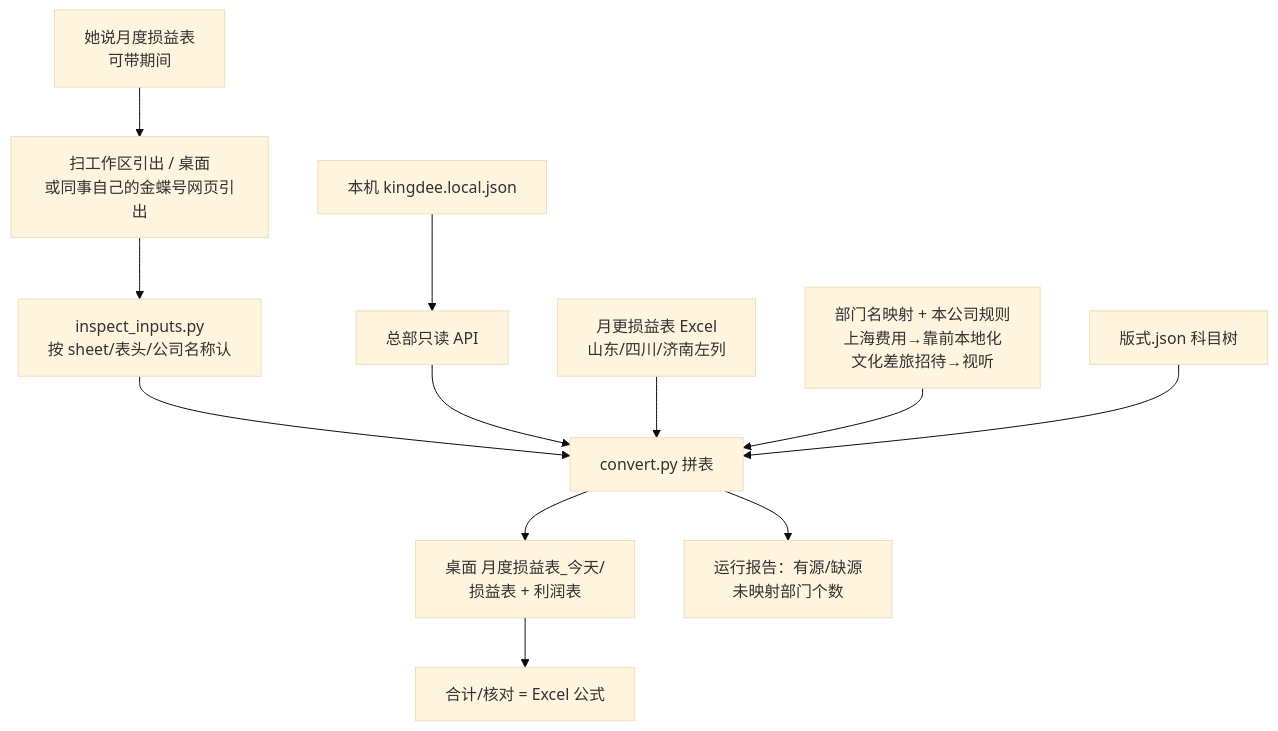
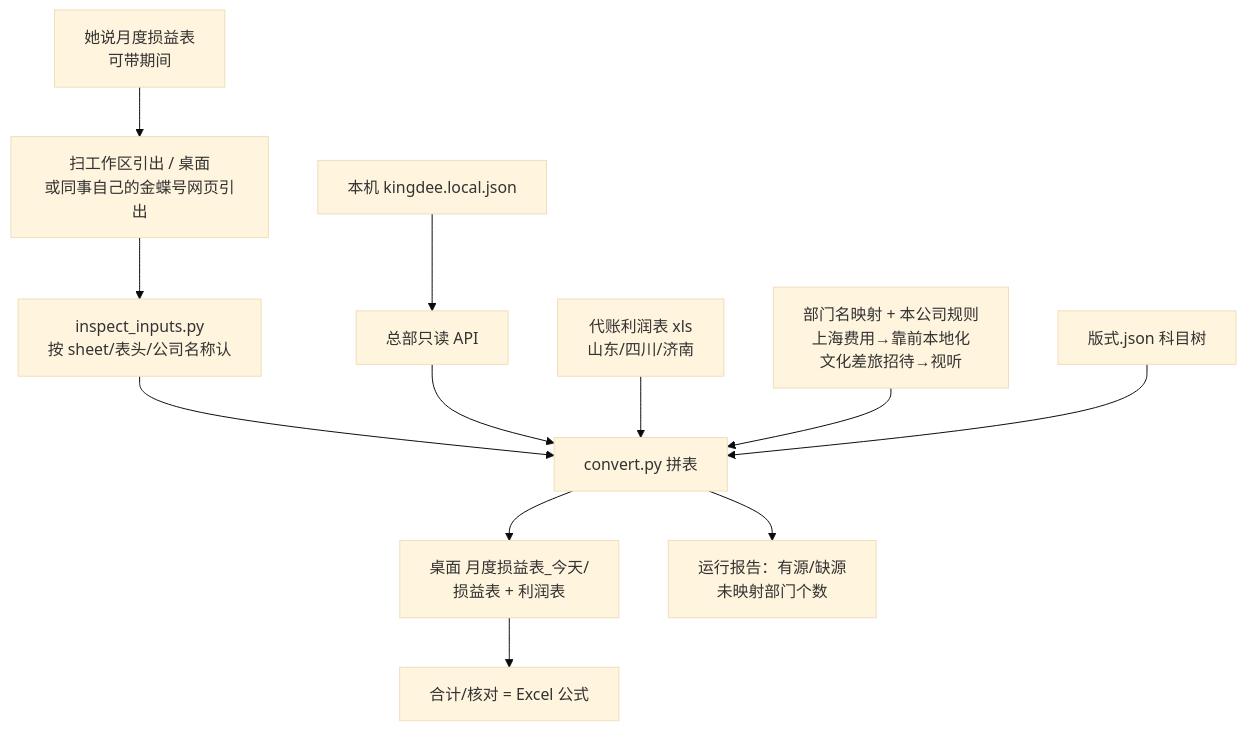
The diagram in skills/pl-dept-report/README.md (EvanLee2004/finance-skills), drawn with Mermaid (base theme) before and after one commit. The commit also changed other lines of this file and 9 other files, not shown here.

````diff
--- a/skills/pl-dept-report/README.md
+++ b/skills/pl-dept-report/README.md
@@ -54,14 +54,14 @@
 ```mermaid
 flowchart TD
   IN["她说月度损益表<br/>可带期间"] --> FIND["扫工作区引出 / 桌面<br/>或同事自己的金蝶号网页引出"]
   FIND --> INS["inspect_inputs.py<br/>按 sheet/表头/公司名称认"]
   KEY["本机 kingdee.local.json"] --> API["总部只读 API"]
   INS --> MERGE["convert.py 拼表"]
   API --> MERGE
-  OFF["月更损益表 Excel<br/>山东/四川/济南左列"] --> MERGE
+  OFF["代账利润表 xls<br/>山东/四川/济南"] --> MERGE
   MAP["部门名映射 + 本公司规则<br/>上海费用→靠前本地化<br/>文化差旅招待→视听"] --> MERGE
   LAY["版式.json 科目树"] --> MERGE
   MERGE --> X["桌面 月度损益表_今天/<br/>损益表 + 利润表"]
   MERGE --> R["运行报告：有源/缺源<br/>未映射部门个数"]
   X --> F["合计/核对 = Excel 公式"]
 ```
````
